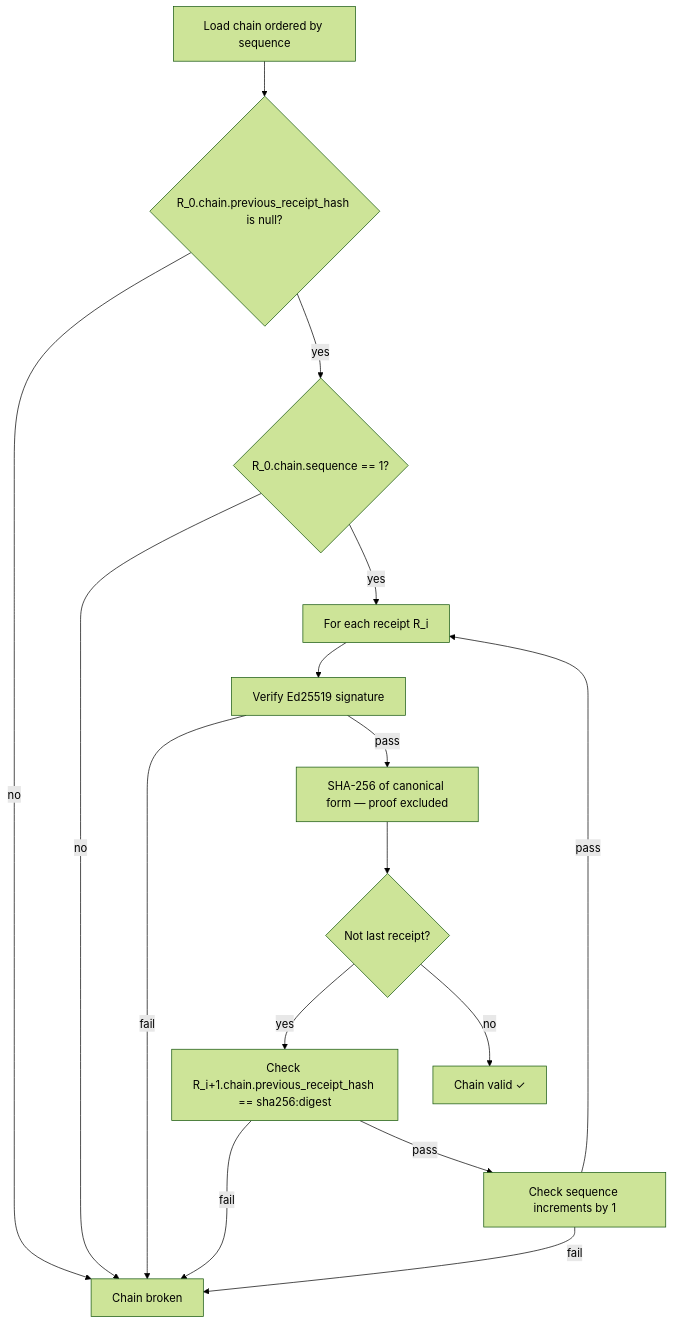
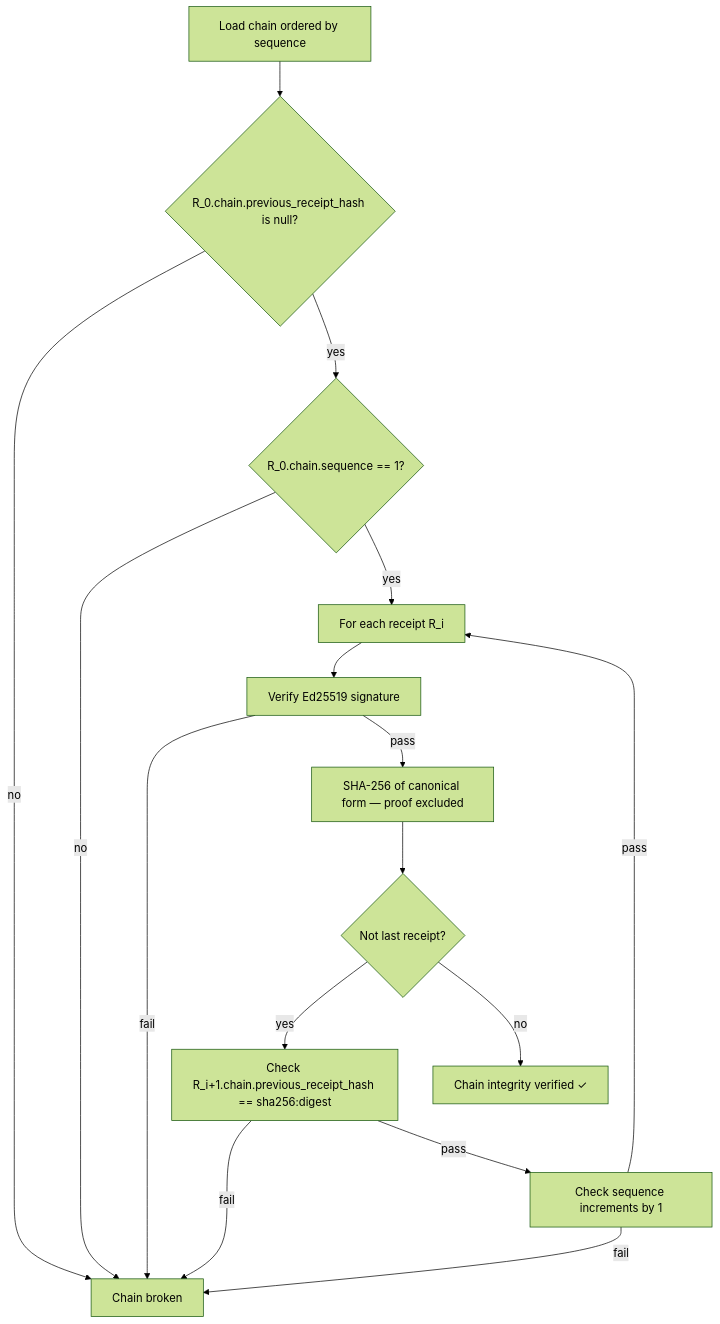
One commit to agent-receipts/ar changed the diagram in site/src/content/docs/specification/receipt-chain-verification.mdx. Above: the diagram before and after it, drawn with Mermaid (forest theme). The commit also changed other lines of this file and 2 other files, not shown here.

Commit message:
docs(site): fix four diagram issues per Copilot review on PR #398 round 5
mcp-proxy/overview.mdx:
- Gap 4.1: remove space before pipe in Mermaid edge label — '--- |label|'
  is invalid; correct syntax is '---|label|' (no space before pipe)

how-it-works.mdx:
- Gap 2.1: add v and ts_emit (required daemon IPC frame fields) and
  error? to emitter frame label; avoids misleading implementers into
  sending an incomplete frame

receipt-chain-verification.mdx:
- Gap 3.1: rename terminal node from 'Chain valid ✓' to 'Chain integrity
  verified ✓' — algorithm does not detect tail truncation; see truncation
  caveat paragraph below the diagram
- Gap 3.1: add 'chain.sequence is 1' to prose step 4 to match the
  sequence == 1 check already present in the flowchart

````diff
--- a/site/src/content/docs/specification/receipt-chain-verification.mdx
+++ b/site/src/content/docs/specification/receipt-chain-verification.mdx
@@ -49,18 +49,18 @@
 ```mermaid
 flowchart TD
   A[Load chain ordered by sequence] --> A2{R_0.chain.previous_receipt_hash is null?}
   A2 -->|no| Z[Chain broken]
   A2 -->|yes| A3{R_0.chain.sequence == 1?}
   A3 -->|no| Z
   A3 -->|yes| B[For each receipt R_i]
   B --> C[Verify Ed25519 signature]
   C -->|fail| Z
   C -->|pass| D[SHA-256 of canonical form — proof excluded]
   D --> E{Not last receipt?}
   E -->|yes| F["Check R_i+1.chain.previous_receipt_hash == sha256:digest"]
   F -->|fail| Z
   F -->|pass| G[Check sequence increments by 1]
   G -->|fail| Z
   G -->|pass| B
-  E -->|no| H[Chain valid ✓]
+  E -->|no| H[Chain integrity verified ✓]
 ```
````
